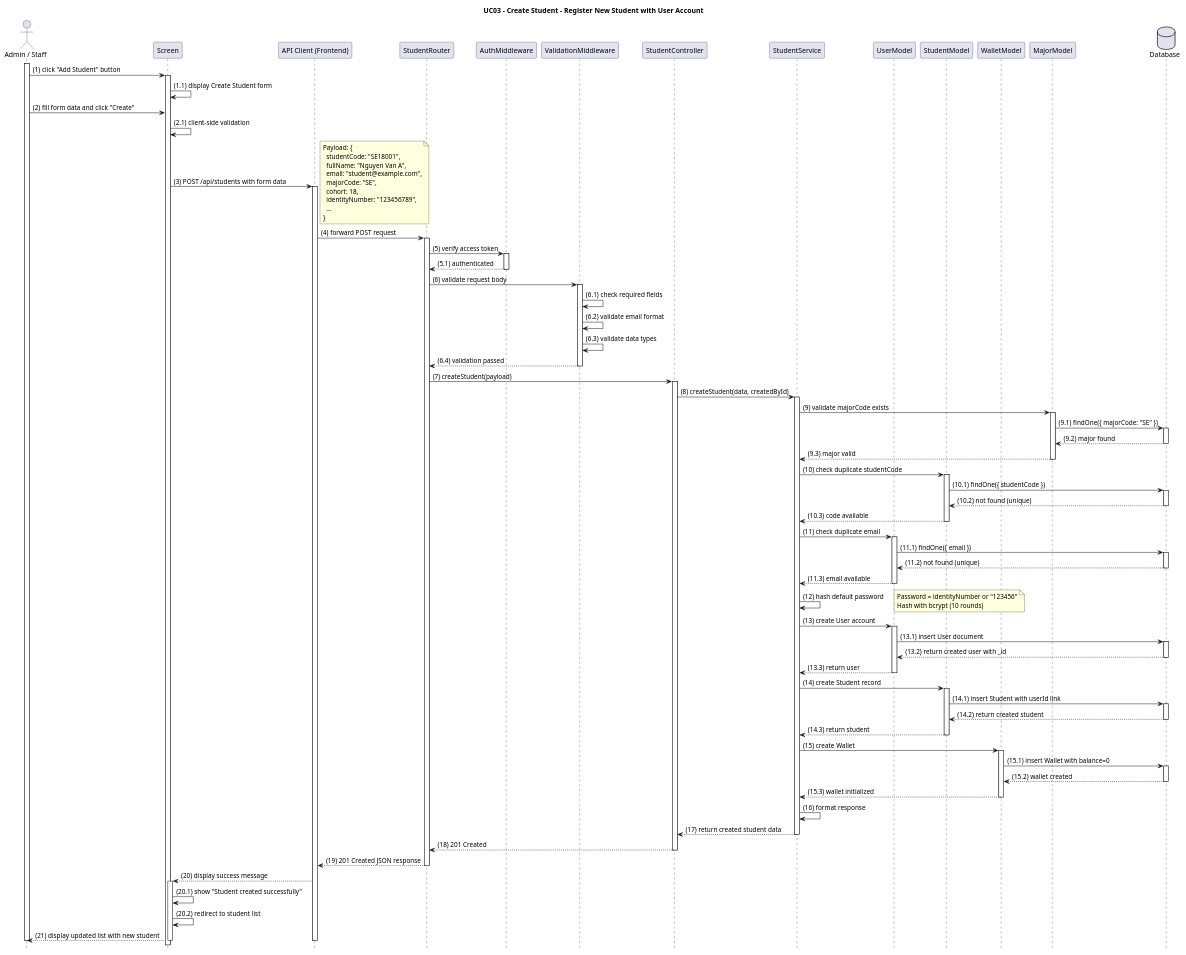
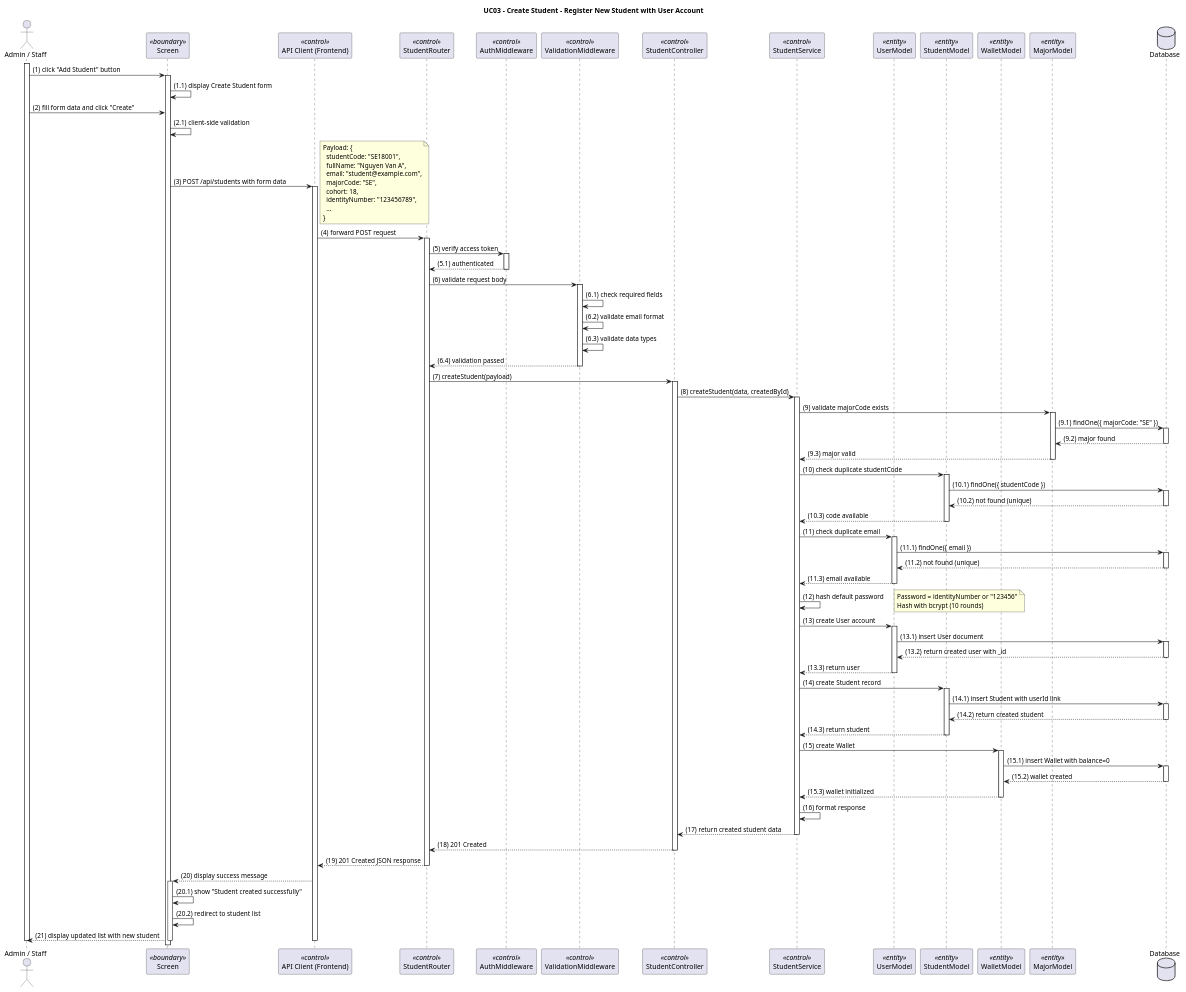
One commit to oanhntkce181400-poon/WDP391_SE1808_Group02_SSMS changed the diagram in backend-api/diagrams/UC03_Create_Student.puml. Above: the diagram before and after it, drawn with PlantUML. The commit also changed 38 other files, not shown here.

Commit message:
feat: stabilize enrollment, lecturer, and schedule flows

```diff
--- a/backend-api/diagrams/UC03_Create_Student.puml
+++ b/backend-api/diagrams/UC03_Create_Student.puml
@@ -1,139 +1,138 @@
 @startuml
 title UC03 - Create Student - Register New Student with User Account
 
-hide footbox
-
-actor PrimaryActor as "Admin / Staff"
-participant Screen as "Screen"
-participant APIClient as "API Client (Frontend)"
-participant StudentRouter as "StudentRouter"
-participant AuthMiddleware as "AuthMiddleware"
-participant ValidationMiddleware as "ValidationMiddleware"
-participant StudentController as "StudentController"
-participant StudentService as "StudentService"
-participant UserModel as "UserModel"
-participant StudentModel as "StudentModel"
-participant WalletModel as "WalletModel"
-participant MajorModel as "MajorModel"
-database DB as "Database"
-
+skinparam participantStyle rectangle
+skinparam shadowing false
+actor "Admin / Staff" as PrimaryActor
+participant "Screen" as Screen <<boundary>>
+participant "API Client (Frontend)" as APIClient <<control>>
+participant "StudentRouter" as StudentRouter <<control>>
+participant "AuthMiddleware" as AuthMiddleware <<control>>
+participant "ValidationMiddleware" as ValidationMiddleware <<control>>
+participant "StudentController" as StudentController <<control>>
+participant "StudentService" as StudentService <<control>>
+participant "UserModel" as UserModel <<entity>>
+participant "StudentModel" as StudentModel <<entity>>
+participant "WalletModel" as WalletModel <<entity>>
+participant "MajorModel" as MajorModel <<entity>>
+database "Database" as DB
 activate PrimaryActor
 PrimaryActor -> Screen: (1) click "Add Student" button
 activate Screen
 Screen -> Screen: (1.1) display Create Student form
 
 PrimaryActor -> Screen: (2) fill form data and click "Create"
 Screen -> Screen: (2.1) client-side validation
 Screen -> APIClient: (3) POST /api/students with form data
 activate APIClient
 note right
   Payload: {
     studentCode: "SE18001",
     fullName: "Nguyen Van A",
     email: "student@example.com",
     majorCode: "SE",
     cohort: 18,
     identityNumber: "123456789",
     ...
   }
 end note
 
 APIClient -> StudentRouter: (4) forward POST request
 activate StudentRouter
 
 StudentRouter -> AuthMiddleware: (5) verify access token
 activate AuthMiddleware
 AuthMiddleware --> StudentRouter: (5.1) authenticated
 deactivate AuthMiddleware
 
 StudentRouter -> ValidationMiddleware: (6) validate request body
 activate ValidationMiddleware
 ValidationMiddleware -> ValidationMiddleware: (6.1) check required fields
 ValidationMiddleware -> ValidationMiddleware: (6.2) validate email format
 ValidationMiddleware -> ValidationMiddleware: (6.3) validate data types
 ValidationMiddleware --> StudentRouter: (6.4) validation passed
 deactivate ValidationMiddleware
 
 StudentRouter -> StudentController: (7) createStudent(payload)
 activate StudentController
 StudentController -> StudentService: (8) createStudent(data, createdById)
 activate StudentService
 
 StudentService -> MajorModel: (9) validate majorCode exists
 activate MajorModel
 MajorModel -> DB: (9.1) findOne({ majorCode: "SE" })
 activate DB
 DB --> MajorModel: (9.2) major found
 deactivate DB
 MajorModel --> StudentService: (9.3) major valid
 deactivate MajorModel
 
 StudentService -> StudentModel: (10) check duplicate studentCode
 activate StudentModel
 StudentModel -> DB: (10.1) findOne({ studentCode })
 activate DB
 DB --> StudentModel: (10.2) not found (unique)
 deactivate DB
 StudentModel --> StudentService: (10.3) code available
 deactivate StudentModel
 
 StudentService -> UserModel: (11) check duplicate email
 activate UserModel
 UserModel -> DB: (11.1) findOne({ email })
 activate DB
 DB --> UserModel: (11.2) not found (unique)
 deactivate DB
 UserModel --> StudentService: (11.3) email available
 deactivate UserModel
 
 StudentService -> StudentService: (12) hash default password
 note right
   Password = identityNumber or "123456"
   Hash with bcrypt (10 rounds)
 end note
 
 StudentService -> UserModel: (13) create User account
 activate UserModel
 UserModel -> DB: (13.1) insert User document
 activate DB
 DB --> UserModel: (13.2) return created user with _id
 deactivate DB
 UserModel --> StudentService: (13.3) return user
 deactivate UserModel
 
 StudentService -> StudentModel: (14) create Student record
 activate StudentModel
 StudentModel -> DB: (14.1) insert Student with userId link
 activate DB
 DB --> StudentModel: (14.2) return created student
 deactivate DB
 StudentModel --> StudentService: (14.3) return student
 deactivate StudentModel
 
 StudentService -> WalletModel: (15) create Wallet
 activate WalletModel
 WalletModel -> DB: (15.1) insert Wallet with balance=0
 activate DB
 DB --> WalletModel: (15.2) wallet created
 deactivate DB
 WalletModel --> StudentService: (15.3) wallet initialized
 deactivate WalletModel
 
 StudentService -> StudentService: (16) format response
 StudentService --> StudentController: (17) return created student data
 deactivate StudentService
 
 StudentController --> StudentRouter: (18) 201 Created
 deactivate StudentController
 StudentRouter --> APIClient: (19) 201 Created JSON response
 deactivate StudentRouter
 APIClient --> Screen: (20) display success message
 activate Screen
 Screen -> Screen: (20.1) show "Student created successfully"
 Screen -> Screen: (20.2) redirect to student list
 Screen --> PrimaryActor: (21) display updated list with new student
 deactivate Screen
 deactivate APIClient
 deactivate PrimaryActor
 
 @enduml
```
